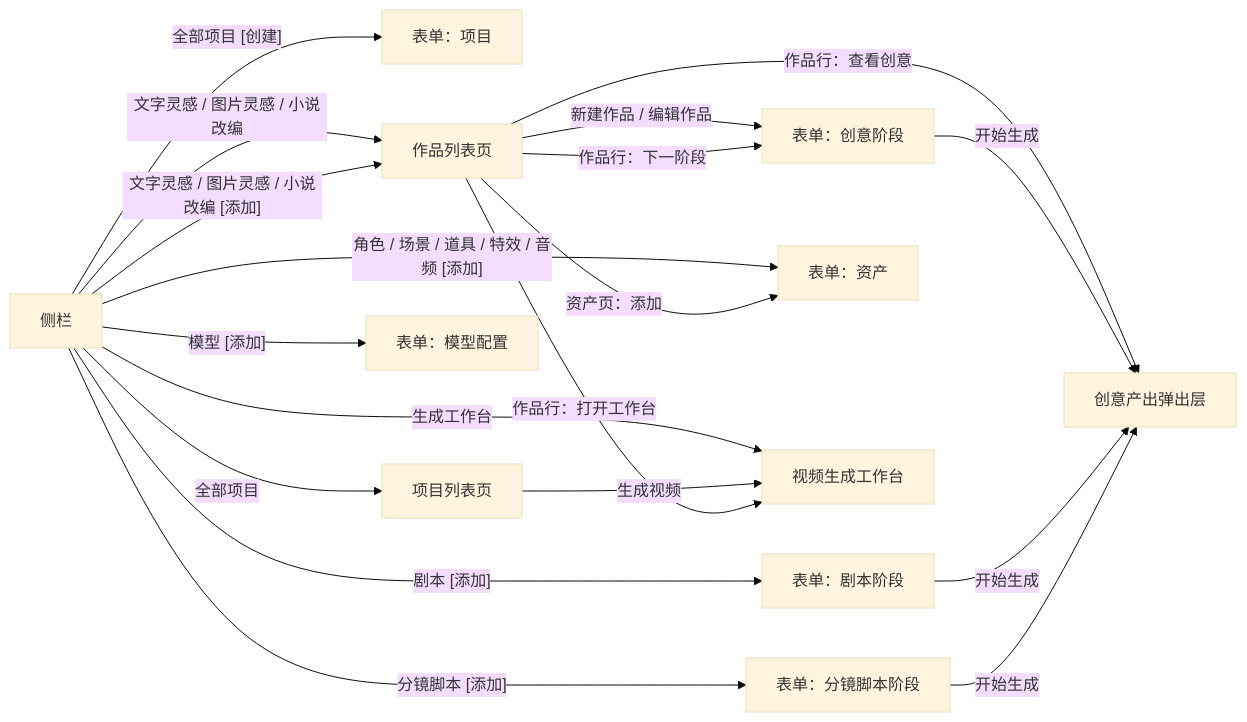
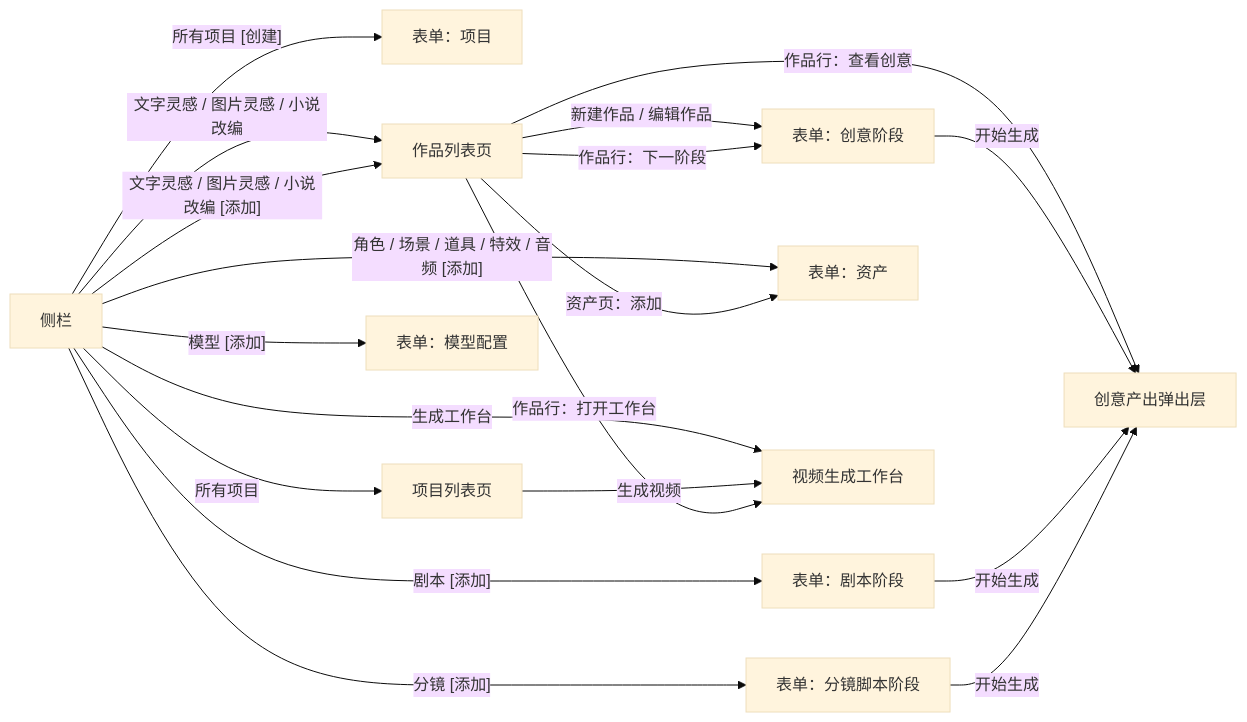
Before and after one commit to sengbin/ai-video-studio: the diagram in docs/page-form-design.md, drawn with Mermaid (base theme). The commit also changed other lines of this file and 10 other files, not shown here.

````diff
--- a/docs/page-form-design.md
+++ b/docs/page-form-design.md
@@ -9,21 +9,21 @@
 ```mermaid
 flowchart LR
-  SB["侧栏"] -->|"全部项目 [创建]"| F1["表单：项目"]
-  SB -->|"全部项目"| PL["项目列表页"]
+  SB["侧栏"] -->|"所有项目 [创建]"| F1["表单：项目"]
+  SB -->|"所有项目"| PL["项目列表页"]
   SB -->|"文字灵感 / 图片灵感 / 小说改编"| PD["作品列表页"]
   SB -->|"文字灵感 / 图片灵感 / 小说改编 [添加]"| PD
   SB -->|"剧本 [添加]"| F4["表单：剧本阶段"]
-  SB -->|"分镜脚本 [添加]"| F5["表单：分镜脚本阶段"]
+  SB -->|"分镜 [添加]"| F5["表单：分镜脚本阶段"]
   SB -->|"角色 / 场景 / 道具 / 特效 / 音频 [添加]"| F6["表单：资产"]
   SB -->|"模型 [添加]"| F7["表单：模型配置"]
   SB -->|"生成工作台"| WB["视频生成工作台"]
   PL -->|"生成视频"| WB
   PD -->|"新建作品 / 编辑作品"| F3["表单：创意阶段"]
   PD -->|"作品行：下一阶段"| F3
   PD -->|"作品行：打开工作台"| WB
   PD -->|"资产页：添加"| F6
   PD -->|"作品行：查看创意"| RV["创意产出弹出层"]
   F3 -->|"开始生成"| RV
   F4 -->|"开始生成"| RV
   F5 -->|"开始生成"| RV
 ```
````
